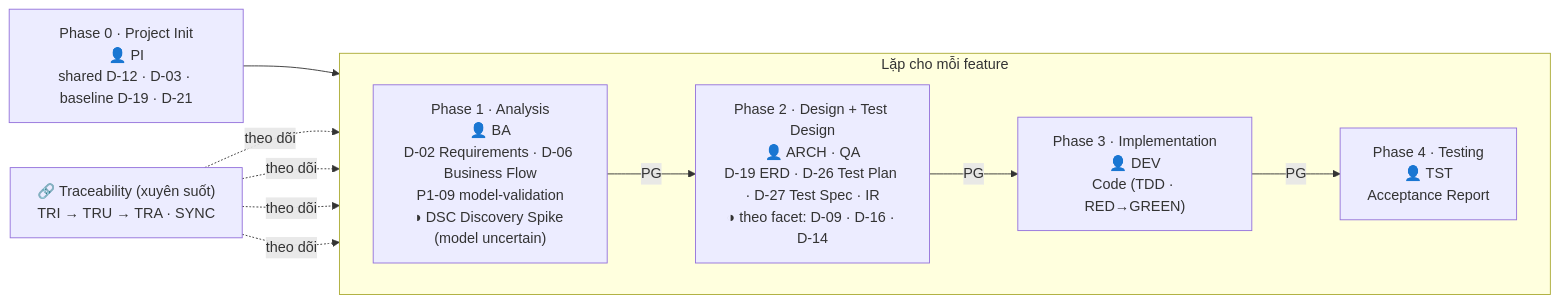
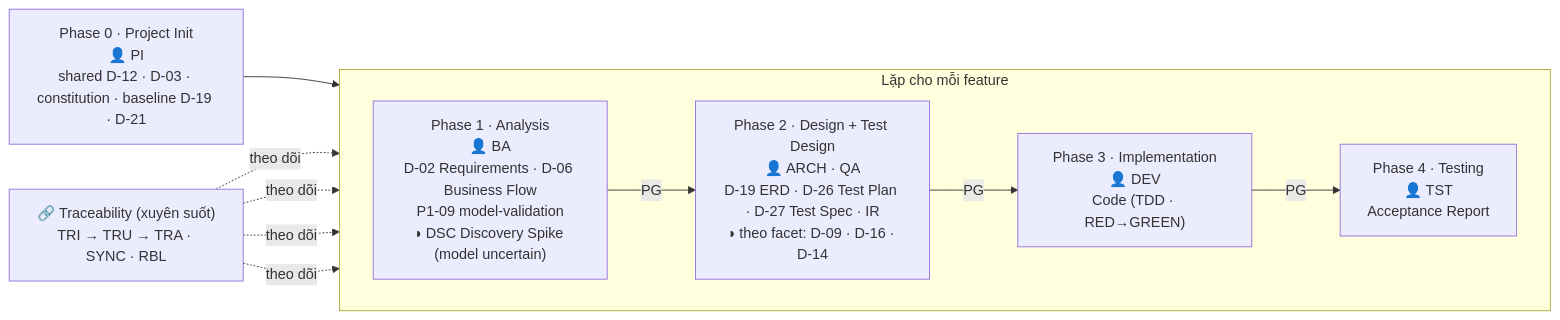
Before and after one commit to hanh9898/waterfall-bmad-method: the diagram in README.md, drawn with Mermaid. The commit also changed other lines of this file and 4 other files, not shown here.

````diff
--- a/README.md
+++ b/README.md
@@ -114,18 +114,18 @@
 ```mermaid
 flowchart LR
-    P0["Phase 0 · Project Init<br/>👤 PI<br/>shared D-12 · D-03 · baseline D-19 · D-21"]
+    P0["Phase 0 · Project Init<br/>👤 PI<br/>shared D-12 · D-03 · constitution · baseline D-19 · D-21"]
 
     subgraph FEAT["Lặp cho mỗi feature"]
         direction LR
         P1["Phase 1 · Analysis<br/>👤 BA<br/>D-02 Requirements · D-06 Business Flow<br/>P1-09 model-validation<br/>◑ DSC Discovery Spike (model uncertain)"]
         P2["Phase 2 · Design + Test Design<br/>👤 ARCH · QA<br/>D-19 ERD · D-26 Test Plan · D-27 Test Spec · IR<br/>◑ theo facet: D-09 · D-16 · D-14"]
         P3["Phase 3 · Implementation<br/>👤 DEV<br/>Code (TDD · RED→GREEN)"]
         P4["Phase 4 · Testing<br/>👤 TST<br/>Acceptance Report"]
         P1 -->|PG| P2 -->|PG| P3 -->|PG| P4
     end
 
     P0 --> P1
 
-    TR["🔗 Traceability (xuyên suốt)<br/>TRI → TRU → TRA · SYNC"]
+    TR["🔗 Traceability (xuyên suốt)<br/>TRI → TRU → TRA · SYNC · RBL"]
     TR -.->|theo dõi| P1 & P2 & P3 & P4
 ```
````
